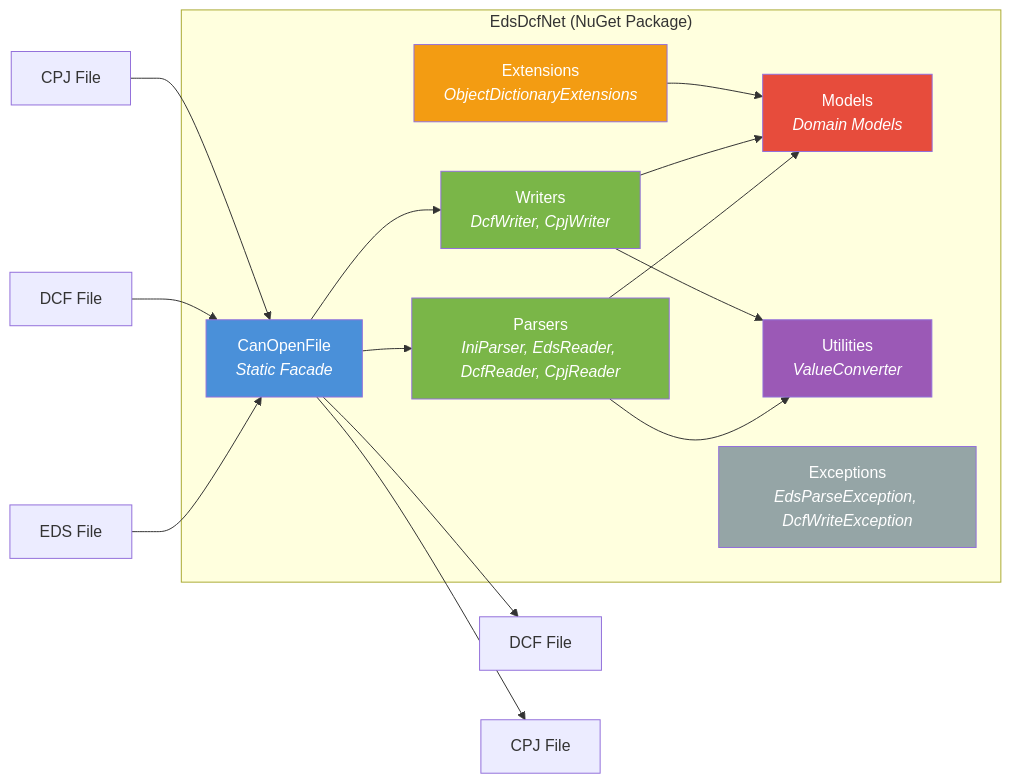
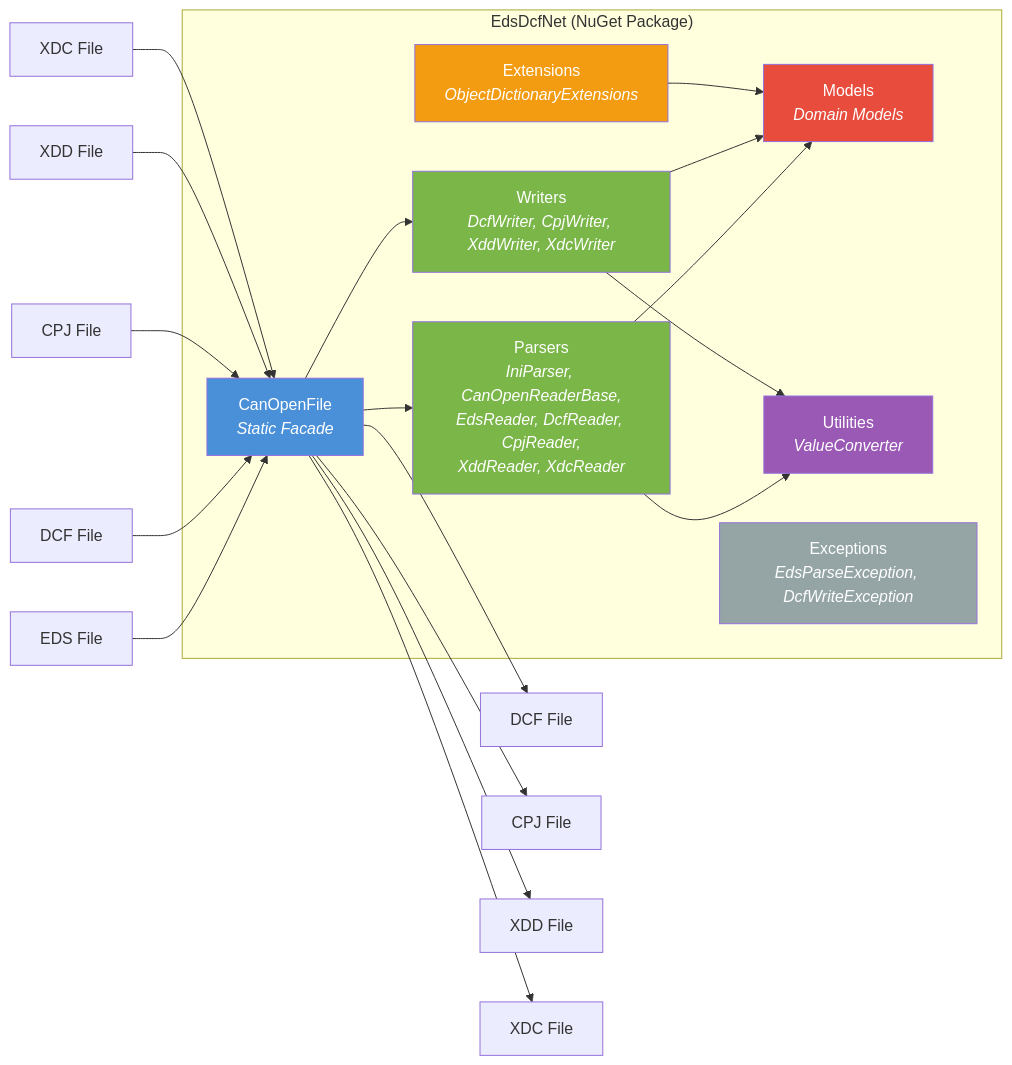
The first of 7 diagrams in docs/architecture/05-building-block-view.md (dborgards/eds-dcf-net), drawn with Mermaid before and after one commit. The commit also changed other lines of this file and 14 other files, not shown here.

Commit message:
docs: align readme and architecture with current format support (#65)

````diff
--- a/docs/architecture/05-building-block-view.md
+++ b/docs/architecture/05-building-block-view.md
@@ -5,33 +5,37 @@
 ```mermaid
 graph LR
     subgraph EdsDcfNet ["EdsDcfNet (NuGet Package)"]
         API["CanOpenFile<br/><i>Static Facade</i>"]
-        Parsers["Parsers<br/><i>IniParser, EdsReader, DcfReader, CpjReader</i>"]
-        Writers["Writers<br/><i>DcfWriter, CpjWriter</i>"]
+        Parsers["Parsers<br/><i>IniParser, CanOpenReaderBase,<br/>EdsReader, DcfReader, CpjReader,<br/>XddReader, XdcReader</i>"]
+        Writers["Writers<br/><i>DcfWriter, CpjWriter, XddWriter, XdcWriter</i>"]
         Models["Models<br/><i>Domain Models</i>"]
         Utilities["Utilities<br/><i>ValueConverter</i>"]
         Extensions["Extensions<br/><i>ObjectDictionaryExtensions</i>"]
         Exceptions["Exceptions<br/><i>EdsParseException, DcfWriteException</i>"]
     end
 
     EDS["EDS File"] --> API
     DCF_In["DCF File"] --> API
     CPJ_In["CPJ File"] --> API
+    XDD_In["XDD File"] --> API
+    XDC_In["XDC File"] --> API
     API --> DCF_Out["DCF File"]
     API --> CPJ_Out["CPJ File"]
+    API --> XDD_Out["XDD File"]
+    API --> XDC_Out["XDC File"]
     API --> Parsers
     API --> Writers
     Parsers --> Models
     Writers --> Models
     Parsers --> Utilities
     Writers --> Utilities
     Extensions --> Models
 
     style API fill:#4A90D9,color:#fff
     style Parsers fill:#7AB648,color:#fff
     style Writers fill:#7AB648,color:#fff
     style Models fill:#E74C3C,color:#fff
     style Utilities fill:#9B59B6,color:#fff
     style Extensions fill:#F39C12,color:#fff
     style Exceptions fill:#95A5A6,color:#fff
 ```
````
